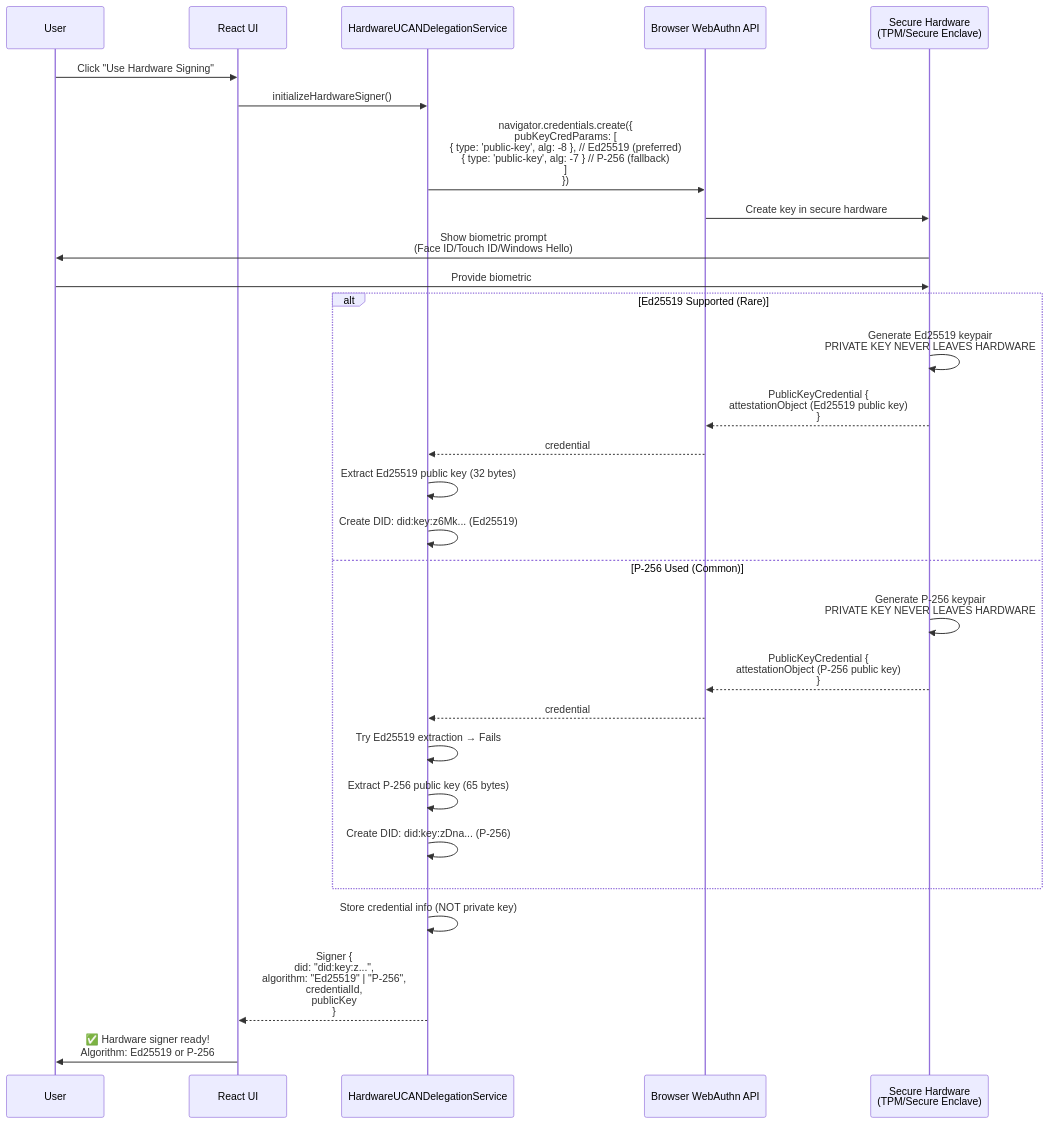
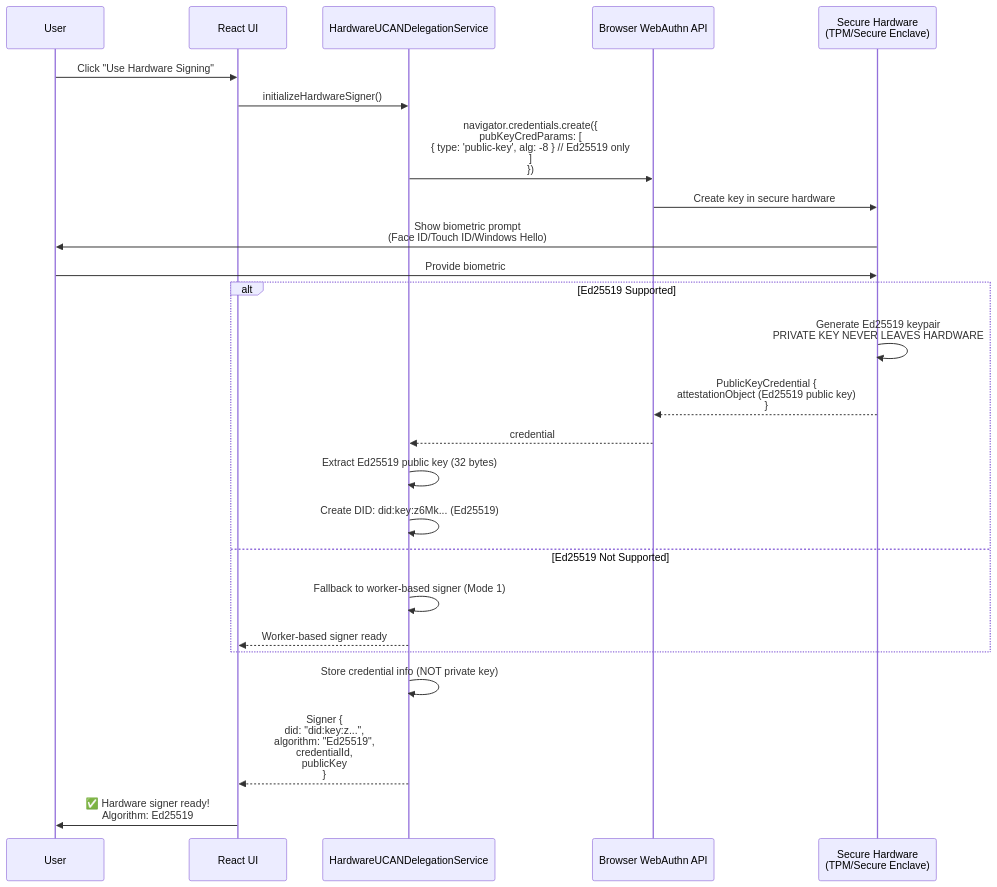
The third of 13 diagrams in docs/ARCHITECTURE_FLOW.md (NiKrause/ucan-upload-wall), drawn with Mermaid before and after one commit. The commit also changed other lines of this file and 6 other files, not shown here.

````diff
--- a/docs/ARCHITECTURE_FLOW.md
+++ b/docs/ARCHITECTURE_FLOW.md
@@ -197,36 +195,32 @@
 ```mermaid
 sequenceDiagram
     participant User
     participant UI as React UI
     participant HardwareService as HardwareUCANDelegationService
     participant Browser as Browser WebAuthn API
     participant Hardware as Secure Hardware<br/>(TPM/Secure Enclave)
 
     User->>UI: Click "Use Hardware Signing"
     UI->>HardwareService: initializeHardwareSigner()
     
-    HardwareService->>Browser: navigator.credentials.create({<br/>  pubKeyCredParams: [<br/>    { type: 'public-key', alg: -8 },  // Ed25519 (preferred)<br/>    { type: 'public-key', alg: -7 }   // P-256 (fallback)<br/>  ]<br/>})
+    HardwareService->>Browser: navigator.credentials.create({<br/>  pubKeyCredParams: [<br/>    { type: 'public-key', alg: -8 }   // Ed25519 only<br/>  ]<br/>})
     Browser->>Hardware: Create key in secure hardware
     Hardware->>User: Show biometric prompt<br/>(Face ID/Touch ID/Windows Hello)
     User->>Hardware: Provide biometric
     
-    alt Ed25519 Supported (Rare)
+    alt Ed25519 Supported
         Hardware->>Hardware: Generate Ed25519 keypair<br/>PRIVATE KEY NEVER LEAVES HARDWARE
         Hardware-->>Browser: PublicKeyCredential {<br/>  attestationObject (Ed25519 public key)<br/>}
         Browser-->>HardwareService: credential
         HardwareService->>HardwareService: Extract Ed25519 public key (32 bytes)
         HardwareService->>HardwareService: Create DID: did:key:z6Mk... (Ed25519)
-    else P-256 Used (Common)
-        Hardware->>Hardware: Generate P-256 keypair<br/>PRIVATE KEY NEVER LEAVES HARDWARE
-        Hardware-->>Browser: PublicKeyCredential {<br/>  attestationObject (P-256 public key)<br/>}
-        Browser-->>HardwareService: credential
-        HardwareService->>HardwareService: Try Ed25519 extraction → Fails
-        HardwareService->>HardwareService: Extract P-256 public key (65 bytes)
-        HardwareService->>HardwareService: Create DID: did:key:zDna... (P-256)
+    else Ed25519 Not Supported
+        HardwareService->>HardwareService: Fallback to worker-based signer (Mode 1)
+        HardwareService-->>UI: Worker-based signer ready
     end
     
     HardwareService->>HardwareService: Store credential info (NOT private key)
     
-    HardwareService-->>UI: Signer {<br/>  did: "did:key:z...",<br/>  algorithm: "Ed25519" | "P-256",<br/>  credentialId,<br/>  publicKey<br/>}
-    UI->>User: ✅ Hardware signer ready!<br/>Algorithm: Ed25519 or P-256
+    HardwareService-->>UI: Signer {<br/>  did: "did:key:z...",<br/>  algorithm: "Ed25519",<br/>  credentialId,<br/>  publicKey<br/>}
+    UI->>User: ✅ Hardware signer ready!<br/>Algorithm: Ed25519
 ```
````
